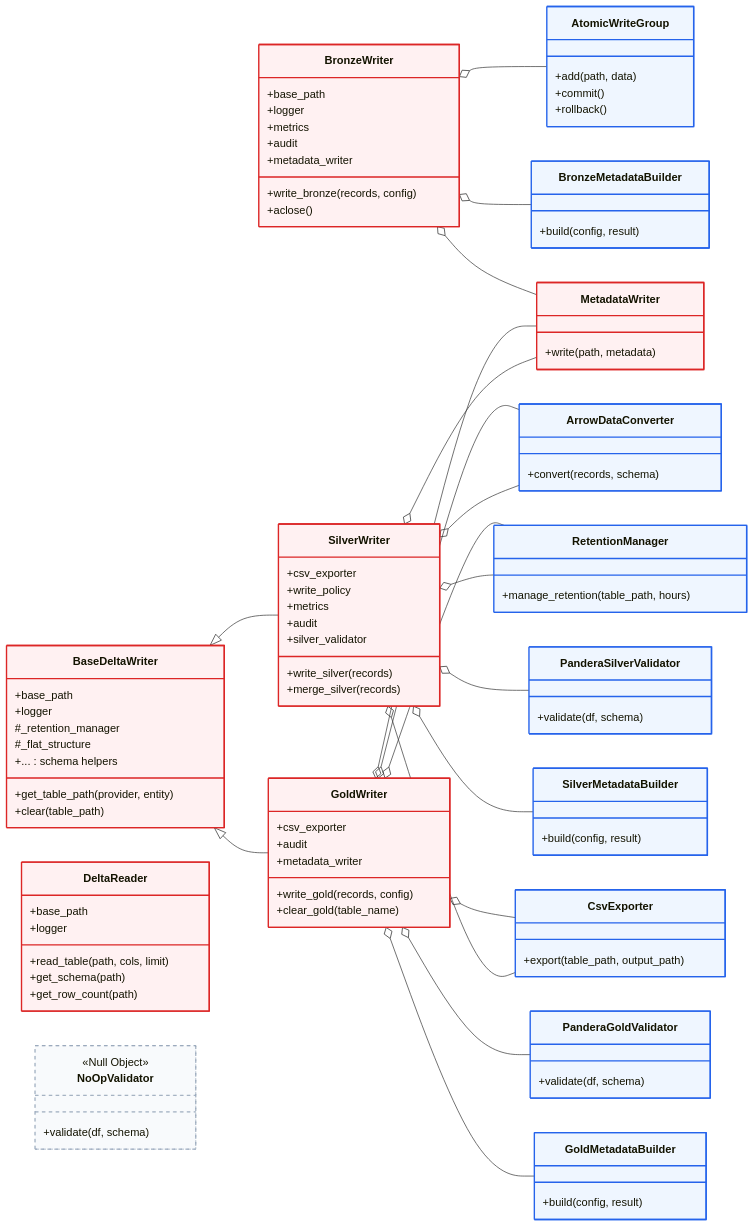
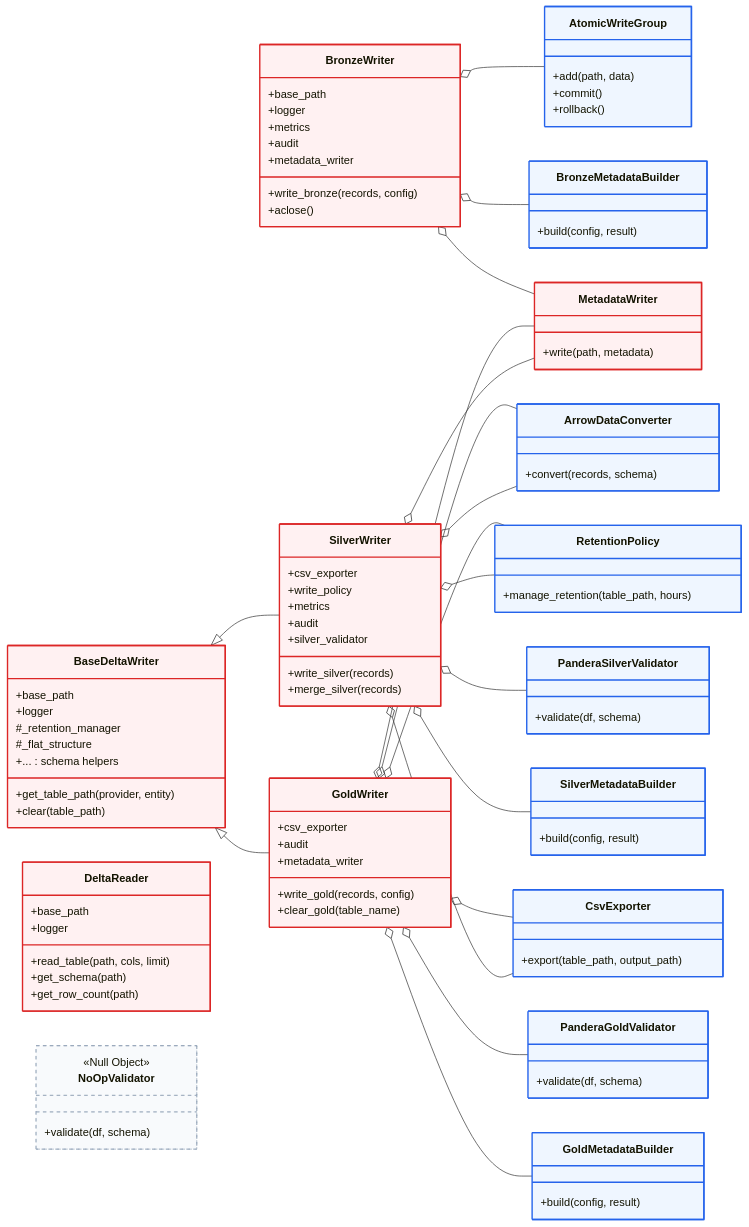
Before and after one commit to SatoryKono/BioactivityDataAcquisition: the diagram in docs/02-architecture/mmd-diagrams/class-diagrams/11-storage.mmd, drawn with Mermaid. The commit also changed 37 other files, not shown here.

```diff
--- a/docs/02-architecture/mmd-diagrams/class-diagrams/11-storage.mmd
+++ b/docs/02-architecture/mmd-diagrams/class-diagrams/11-storage.mmd
@@ -1,141 +1,141 @@
 %% BioETL — Class Diagram: Storage Components
 %% Bronze/Silver/Gold writers and supporting classes.
 
 %% @version 1.1.0
 %% @date    2026-03-01
 %% @type    classDiagram
 %% @level   Class / Interface
 %% @nodes   16
 %% @uniform class width=240 height=156 max_title_len=22 max_desc_lines=6
 
 classDiagram
     direction LR
     class BaseDeltaWriter {
         +base_path
         +logger
         #_retention_manager
         #_flat_structure
         +get_table_path(provider, entity)
         +clear(table_path)
         +... : schema helpers
     }
 
     class BronzeWriter {
         +base_path
         +logger
         +metrics
         +audit
         +metadata_writer
         +write_bronze(records, config)
         +aclose()
     }
 
     class SilverWriter {
         +csv_exporter
         +write_policy
         +metrics
         +audit
         +silver_validator
         +write_silver(records)
         +merge_silver(records)
     }
 
     class GoldWriter {
         +csv_exporter
         +audit
         +metadata_writer
         +write_gold(records, config)
         +clear_gold(table_name)
     }
 
     class DeltaReader {
         +base_path
         +logger
         +read_table(path, cols, limit)
         +get_schema(path)
         +get_row_count(path)
     }
 
     class ArrowDataConverter {
         +convert(records, schema)
     }
 
-    class RetentionManager {
+    class RetentionPolicy {
         +manage_retention(table_path, hours)
     }
 
     class MetadataWriter {
         +write(path, metadata)
     }
 
     class BronzeMetadataBuilder {
         +build(config, result)
     }
 
     class SilverMetadataBuilder {
         +build(config, result)
     }
 
     class GoldMetadataBuilder {
         +build(config, result)
     }
 
     class AtomicWriteGroup {
         +add(path, data)
         +commit()
         +rollback()
     }
 
     class CsvExporter {
         +export(table_path, output_path)
     }
 
     class PanderaSilverValidator {
         +validate(df, schema)
     }
 
     class PanderaGoldValidator {
         +validate(df, schema)
     }
 
     class NoOpValidator {
         <<Null Object>>
         +validate(df, schema)
     }
 
     BaseDeltaWriter <|-- SilverWriter
     BaseDeltaWriter <|-- GoldWriter
 
     SilverWriter o-- ArrowDataConverter
     GoldWriter o-- ArrowDataConverter
-    SilverWriter o-- RetentionManager
-    GoldWriter o-- RetentionManager
+    SilverWriter o-- RetentionPolicy
+    GoldWriter o-- RetentionPolicy
     SilverWriter o-- MetadataWriter
     GoldWriter o-- MetadataWriter
     SilverWriter o-- CsvExporter
     GoldWriter o-- CsvExporter
     SilverWriter o-- PanderaSilverValidator
     GoldWriter o-- PanderaGoldValidator
 
     BronzeWriter o-- AtomicWriteGroup
     BronzeWriter o-- MetadataWriter
     BronzeWriter o-- BronzeMetadataBuilder
     SilverWriter o-- SilverMetadataBuilder
     GoldWriter o-- GoldMetadataBuilder
 
     style BaseDeltaWriter fill:#fff1f2,stroke:#dc2626,stroke-width:2px
     style BronzeWriter fill:#fff1f2,stroke:#dc2626,stroke-width:2px
     style SilverWriter fill:#fff1f2,stroke:#dc2626,stroke-width:2px
     style GoldWriter fill:#fff1f2,stroke:#dc2626,stroke-width:2px
     style DeltaReader fill:#fff1f2,stroke:#dc2626,stroke-width:2px
     style ArrowDataConverter fill:#eff6ff,stroke:#2563eb,stroke-width:2px
-    style RetentionManager fill:#eff6ff,stroke:#2563eb,stroke-width:2px
+    style RetentionPolicy fill:#eff6ff,stroke:#2563eb,stroke-width:2px
     style MetadataWriter fill:#fff1f2,stroke:#dc2626,stroke-width:2px
     style BronzeMetadataBuilder fill:#eff6ff,stroke:#2563eb,stroke-width:2px
     style SilverMetadataBuilder fill:#eff6ff,stroke:#2563eb,stroke-width:2px
     style GoldMetadataBuilder fill:#eff6ff,stroke:#2563eb,stroke-width:2px
     style AtomicWriteGroup fill:#eff6ff,stroke:#2563eb,stroke-width:2px
     style CsvExporter fill:#eff6ff,stroke:#2563eb,stroke-width:2px
     style PanderaSilverValidator fill:#eff6ff,stroke:#2563eb,stroke-width:2px
     style PanderaGoldValidator fill:#eff6ff,stroke:#2563eb,stroke-width:2px
     style NoOpValidator fill:#f8fafc,stroke:#94a3b8,stroke-width:1px,stroke-dasharray:5
```
